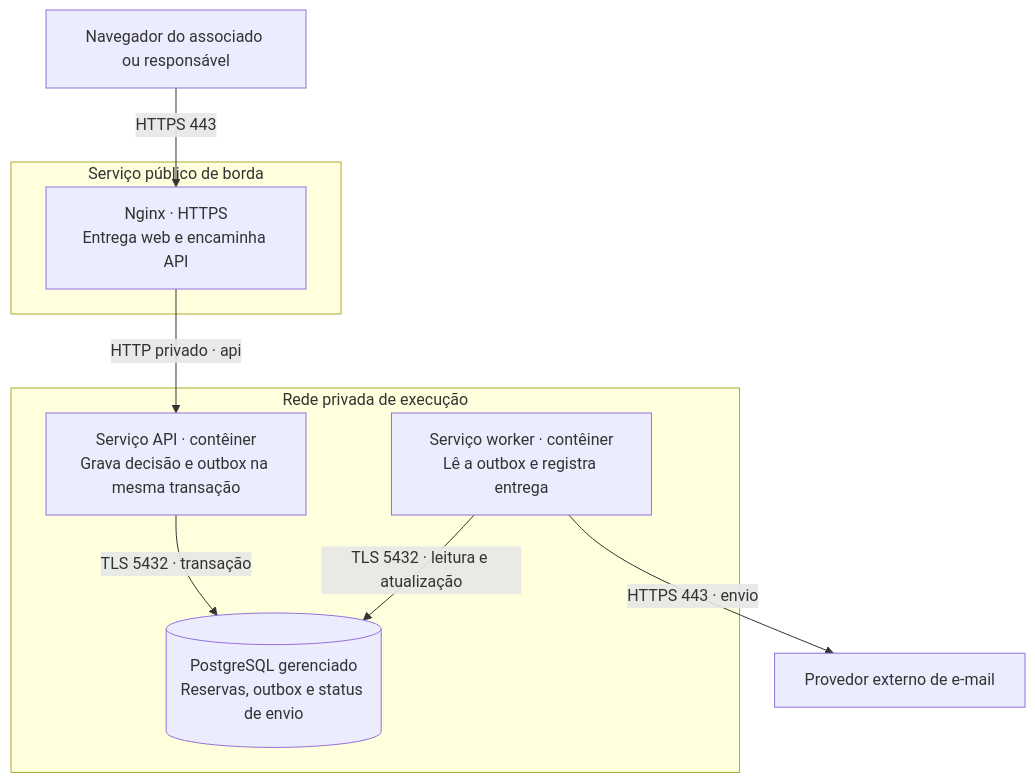
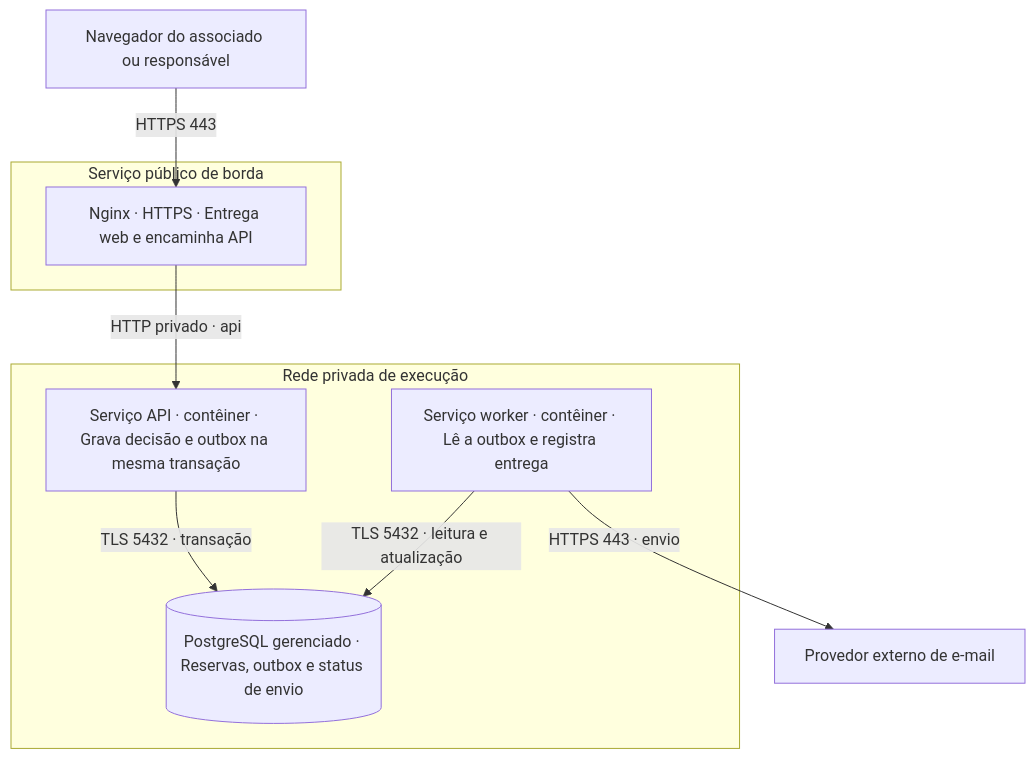
The ninth of 10 diagrams in exemplos/reservas-de-recursos/diagramas.md (PHnsilva/base-de-projetos), drawn with Mermaid before and after one commit. The commit also changed other lines of this file and 13 other files, not shown here.

````diff
--- a/exemplos/reservas-de-recursos/diagramas.md
+++ b/exemplos/reservas-de-recursos/diagramas.md
@@ -233,18 +233,18 @@
 ```mermaid
 flowchart TD
     U["Navegador do associado ou responsável"]
     subgraph Publica["Serviço público de borda"]
-        E["Nginx · HTTPS<br/>Entrega web e encaminha API"]
+        E["Nginx · HTTPS · Entrega web e encaminha API"]
     end
     subgraph Privada["Rede privada de execução"]
-        A["Serviço API · contêiner<br/>Grava decisão e outbox na mesma transação"]
-        W["Serviço worker · contêiner<br/>Lê a outbox e registra entrega"]
-        DB[("PostgreSQL gerenciado<br/>Reservas, outbox e status de envio")]
+        A["Serviço API · contêiner · Grava decisão e outbox na mesma transação"]
+        W["Serviço worker · contêiner · Lê a outbox e registra entrega"]
+        DB[("PostgreSQL gerenciado · Reservas, outbox e status de envio")]
     end
     M["Provedor externo de e-mail"]
     U -->|"HTTPS 443"| E
     E -->|"HTTP privado · api"| A
     A -->|"TLS 5432 · transação"| DB
     W -->|"TLS 5432 · leitura e atualização"| DB
     W -->|"HTTPS 443 · envio"| M
 ```
````
